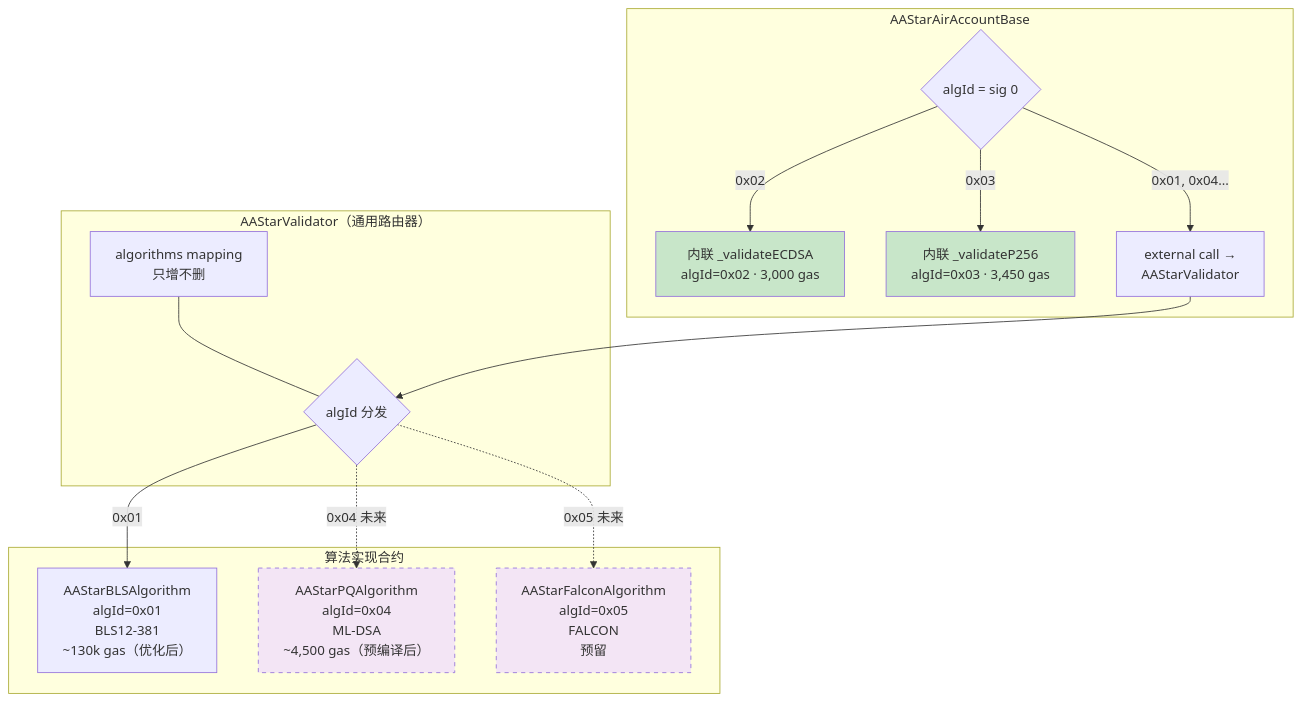
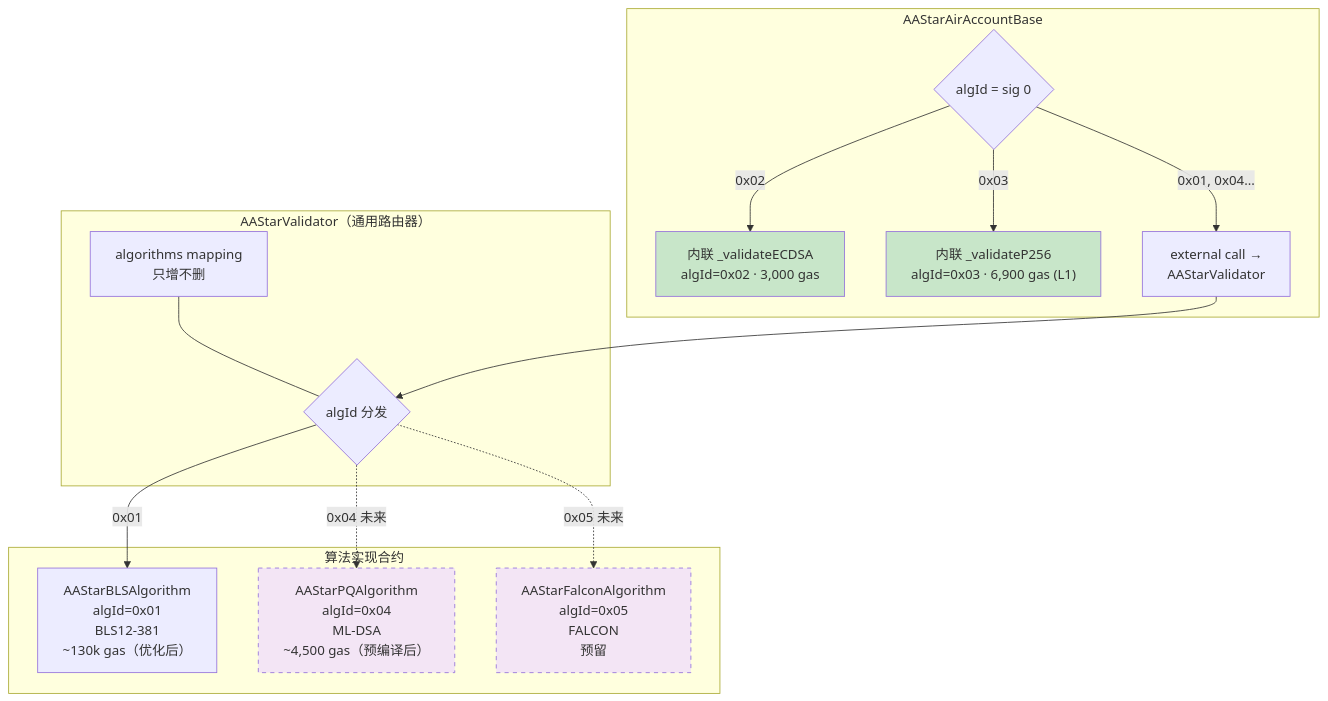
One commit to AAStarCommunity/airaccount-contract changed the first of 4 diagrams in docs/validator-upgrade-pq-analysis.md. Above: the diagram before and after it, drawn with Mermaid. The commit also changed other lines of this file and 22 other files, not shown here.

````diff
--- a/docs/validator-upgrade-pq-analysis.md
+++ b/docs/validator-upgrade-pq-analysis.md
@@ -12,34 +12,34 @@
 ```mermaid
 graph TB
     subgraph Account["AAStarAirAccountBase"]
         ROUTE{algId = sig 0}
         ECDSA["内联 _validateECDSA<br/>algId=0x02 · 3,000 gas"]
-        P256["内联 _validateP256<br/>algId=0x03 · 3,450 gas"]
+        P256["内联 _validateP256<br/>algId=0x03 · 6,900 gas (L1)"]
         EXT["external call →<br/>AAStarValidator"]
         ROUTE -->|"0x02"| ECDSA
         ROUTE -->|"0x03"| P256
         ROUTE -->|"0x01, 0x04..."| EXT
     end
 
     subgraph Router["AAStarValidator（通用路由器）"]
         REG["algorithms mapping<br/>只增不删"]
         DISPATCH{"algId 分发"}
         REG --- DISPATCH
     end
 
     subgraph Algorithms["算法实现合约"]
         BLS["AAStarBLSAlgorithm<br/>algId=0x01<br/>BLS12-381<br/>~130k gas（优化后）"]
         PQ["AAStarPQAlgorithm<br/>algId=0x04<br/>ML-DSA<br/>~4,500 gas（预编译后）"]
         FALCON["AAStarFalconAlgorithm<br/>algId=0x05<br/>FALCON<br/>预留"]
     end
 
     EXT --> DISPATCH
     DISPATCH -->|"0x01"| BLS
     DISPATCH -.->|"0x04 未来"| PQ
     DISPATCH -.->|"0x05 未来"| FALCON
 
     style ECDSA fill:#c8e6c9
     style P256 fill:#c8e6c9
     style PQ fill:#f3e5f5,stroke-dasharray: 5 5
     style FALCON fill:#f3e5f5,stroke-dasharray: 5 5
 ```
````
